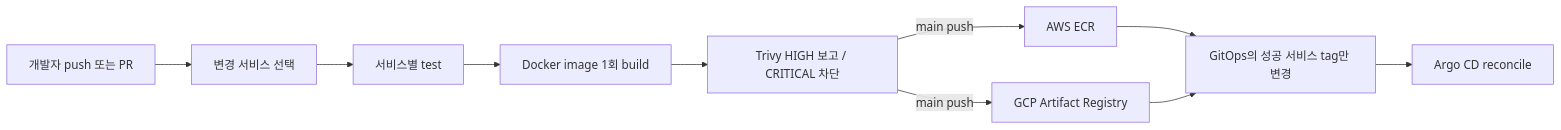
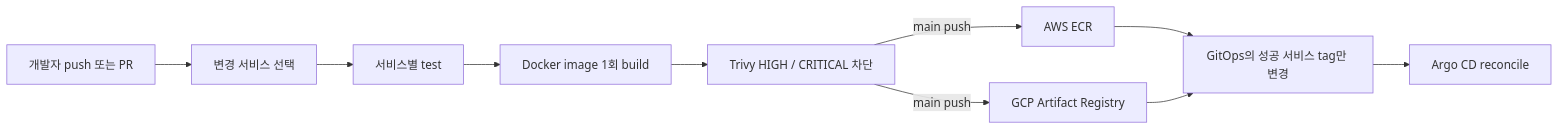
The diagram in docs/phase1-cicd.md (qkrwlgh335-lab/bank-of-anthos-app), drawn with Mermaid before and after one commit. The commit also changed other lines of this file, not shown here.

Commit message:
docs: record high severity enforcement

````diff
--- a/docs/phase1-cicd.md
+++ b/docs/phase1-cicd.md
@@ -19,12 +19,12 @@
 ```mermaid
 flowchart LR
   DEV[개발자 push 또는 PR] --> SEL[변경 서비스 선택]
   SEL --> TEST[서비스별 test]
   TEST --> BUILD[Docker image 1회 build]
-  BUILD --> SCAN[Trivy HIGH 보고 / CRITICAL 차단]
+  BUILD --> SCAN[Trivy HIGH / CRITICAL 차단]
   SCAN -->|main push| ECR[AWS ECR]
   SCAN -->|main push| GAR[GCP Artifact Registry]
   ECR --> PROMOTE[GitOps의 성공 서비스 tag만 변경]
   GAR --> PROMOTE
   PROMOTE --> ARGO[Argo CD reconcile]
 ```
````
